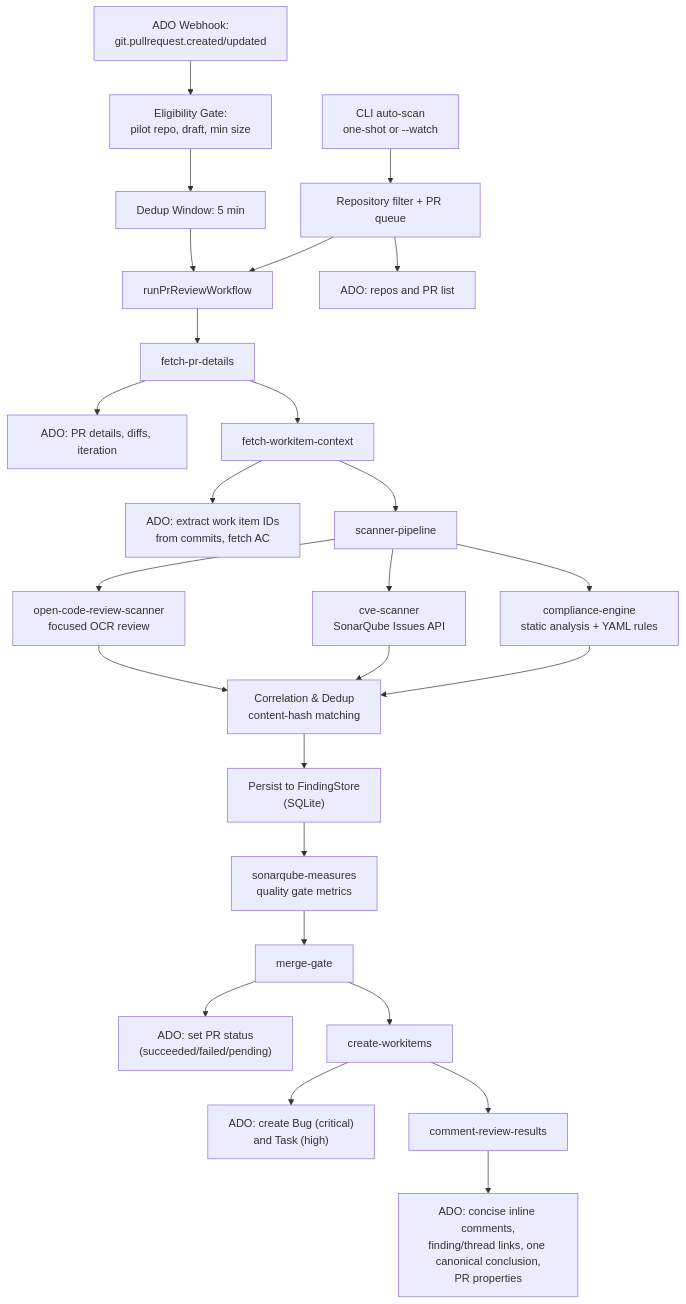
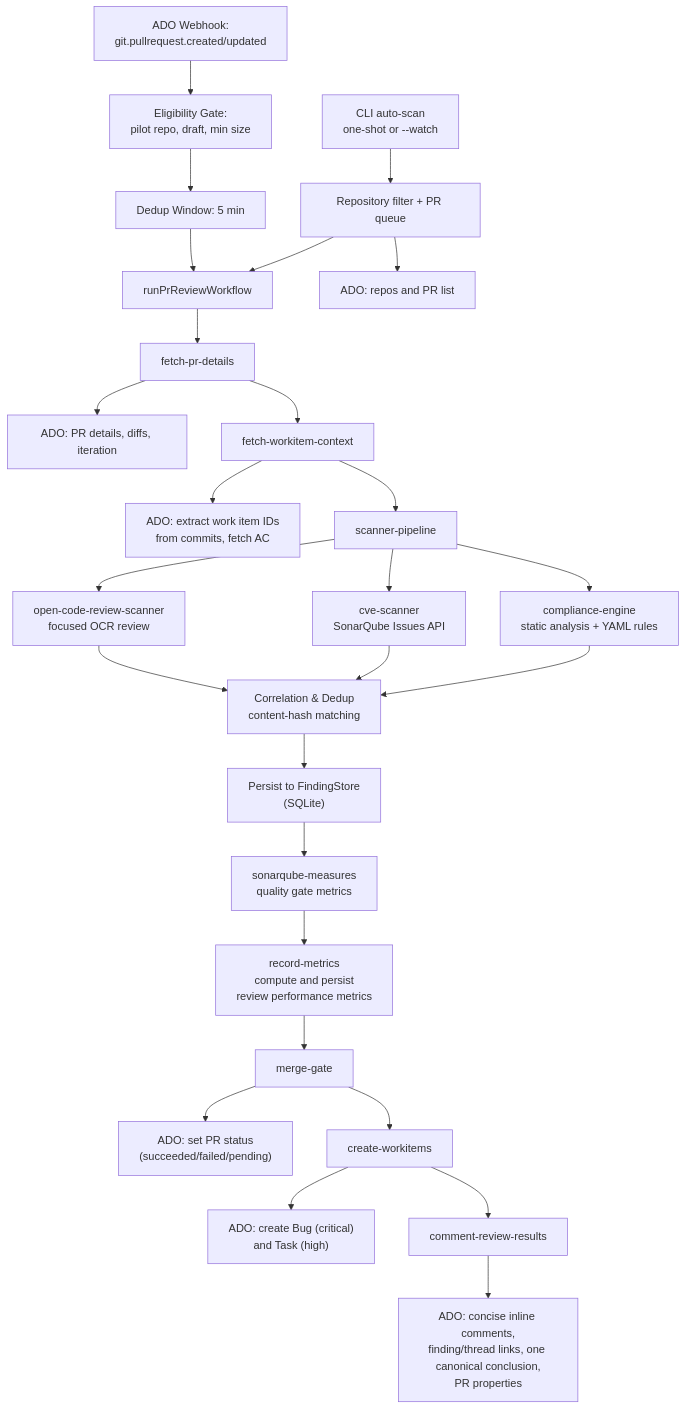
One commit to lushevol/code-review-agent changed the diagram in agents/ratan-code-review-agent/docs/RUNTIME_ARCHITECTURE.md. Above: the diagram before and after it, drawn with Mermaid. The commit also changed 4 other files, not shown here.

Commit message:
feat: add record-metrics workflow step and wire into pr-review-workflow

````diff
--- a/agents/ratan-code-review-agent/docs/RUNTIME_ARCHITECTURE.md
+++ b/agents/ratan-code-review-agent/docs/RUNTIME_ARCHITECTURE.md
@@ -5,34 +5,35 @@
 ```mermaid
 flowchart TD
     Webhook["ADO Webhook:<br/>git.pullrequest.created/updated"] --> Eligibility["Eligibility Gate:<br/>pilot repo, draft, min size"]
     Eligibility --> Dedup["Dedup Window: 5 min"]
     Dedup --> WorkflowRun["runPrReviewWorkflow"]
 
     Polling["CLI auto-scan<br/>one-shot or --watch"] --> PRQueue["Repository filter + PR queue"]
     PRQueue --> ADOList["ADO: repos and PR list"]
     PRQueue --> WorkflowRun
 
     WorkflowRun --> FetchPR["fetch-pr-details"]
     FetchPR --> ADOFetch["ADO: PR details, diffs, iteration"]
     FetchPR --> FetchWIC["fetch-workitem-context"]
     FetchWIC --> ADOWI["ADO: extract work item IDs<br/>from commits, fetch AC"]
 
     FetchWIC --> Scanners["scanner-pipeline"]
     Scanners --> AIReview["open-code-review-scanner<br/>focused OCR review"]
     Scanners --> CVE["cve-scanner<br/>SonarQube Issues API"]
     Scanners --> Compliance["compliance-engine<br/>static analysis + YAML rules"]
     AIReview --> Correlate["Correlation & Dedup<br/>content-hash matching"]
     CVE --> Correlate
     Compliance --> Correlate
     Correlate --> Persist["Persist to FindingStore<br/>(SQLite)"]
     Persist --> Sonar["sonarqube-measures<br/>quality gate metrics"]
 
-    Sonar --> MergeGate["merge-gate"]
+    Sonar --> RecordMetrics["record-metrics<br/>compute and persist<br/>review performance metrics"]
+    RecordMetrics --> MergeGate["merge-gate"]
     MergeGate --> ADOStatus["ADO: set PR status<br/>(succeeded/failed/pending)"]
 
     MergeGate --> WorkItems["create-workitems"]
     WorkItems --> ADOWI2["ADO: create Bug (critical)<br/>and Task (high)"]
 
     WorkItems --> Comment["comment-review-results"]
     Comment --> ADOWrite["ADO: concise inline comments,<br/>finding/thread links, one canonical conclusion,<br/>PR properties"]
 ```
````
